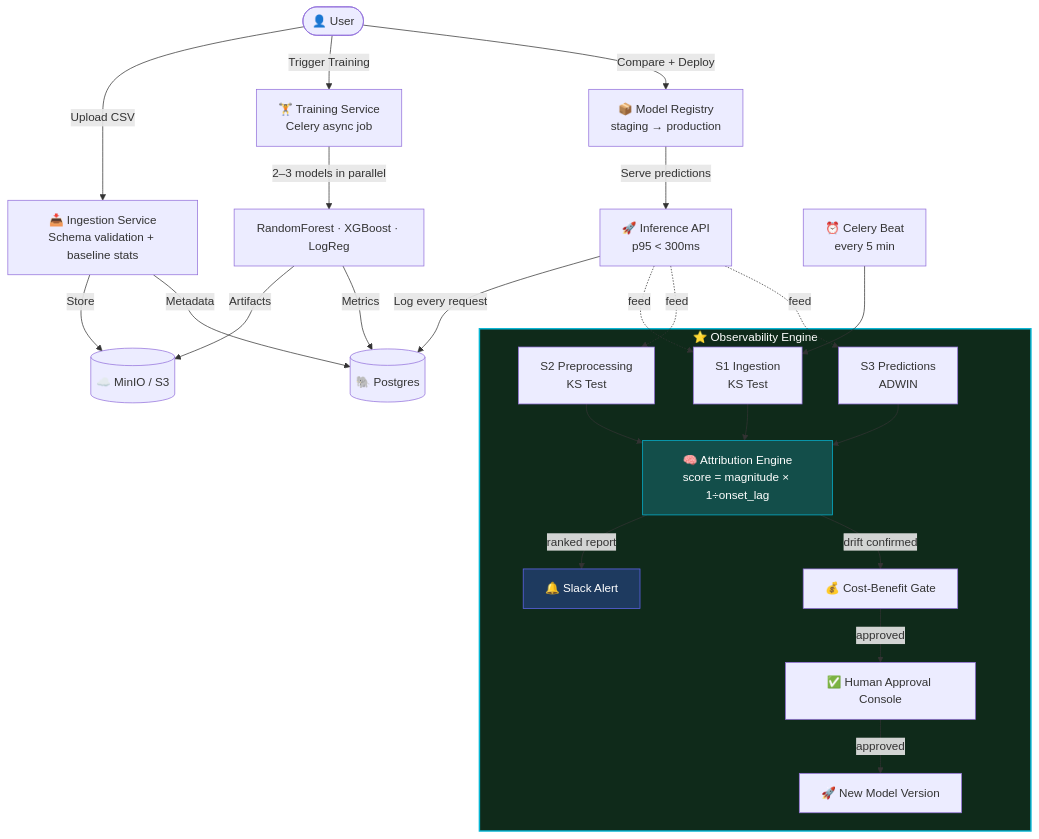
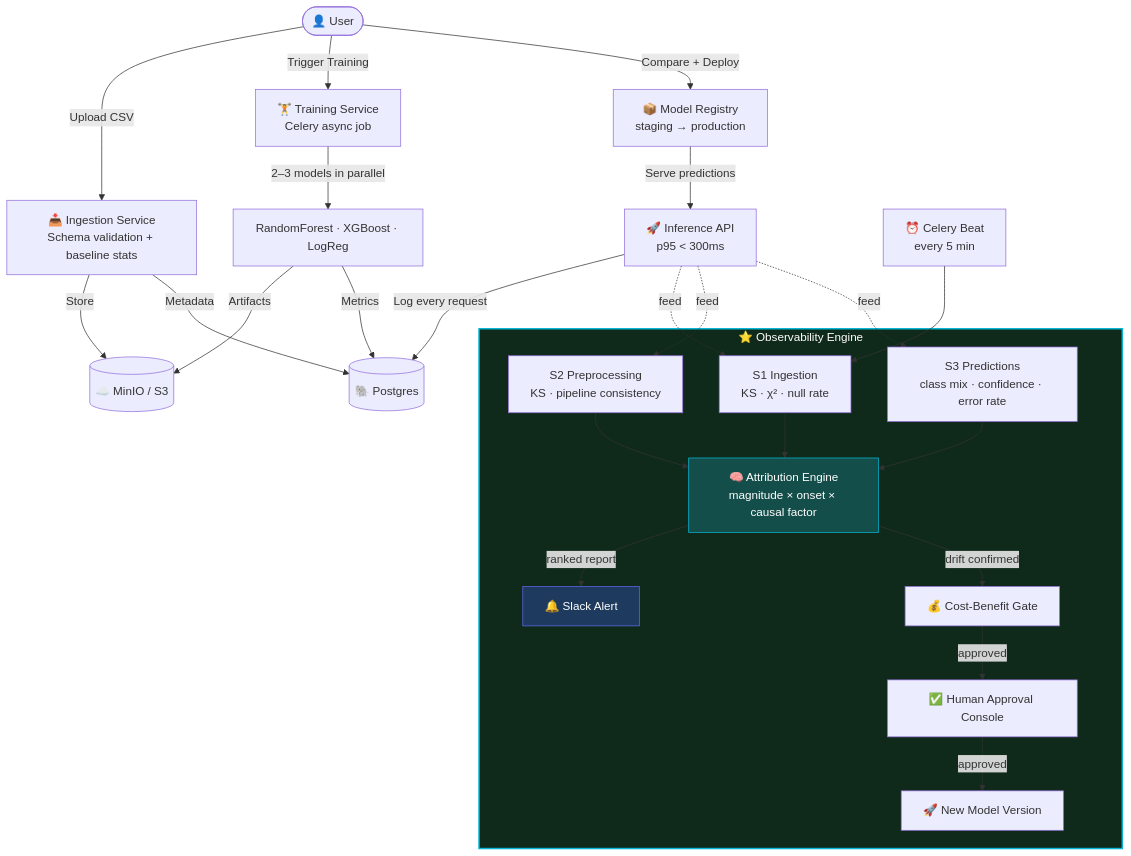
One commit to Dinesh-kumar9/Drift_Detection changed the first of 5 diagrams in README.md. Above: the diagram before and after it, drawn with Mermaid. The commit also changed other lines of this file and 28 other files, not shown here.

````diff
--- a/README.md
+++ b/README.md
@@ -34,35 +35,35 @@
 ```mermaid
 flowchart TD
     A([👤 User]) -->|Upload CSV| B[📥 Ingestion Service\nSchema validation + baseline stats]
     B -->|Store| C[(☁️ MinIO / S3)]
     B -->|Metadata| D[(🐘 Postgres)]
 
     A -->|Trigger Training| E[🏋️ Training Service\nCelery async job]
     E -->|2–3 models in parallel| F[RandomForest · XGBoost · LogReg]
     F -->|Artifacts| C
     F -->|Metrics| D
 
     A -->|Compare + Deploy| G[📦 Model Registry\nstaging → production]
 
     G -->|Serve predictions| H[🚀 Inference API\n p95 < 300ms]
     H -->|Log every request| D
 
     I[⏰ Celery Beat\nevery 5 min] --> J
 
     subgraph OBS [⭐ Observability Engine]
-        J[S1 Ingestion\nKS Test] --> ATT
-        K[S2 Preprocessing\nKS Test] --> ATT
-        L[S3 Predictions\nADWIN] --> ATT
-        ATT[🧠 Attribution Engine\nscore = magnitude × 1÷onset_lag]
+        J[S1 Ingestion\nKS · χ² · null rate] --> ATT
+        K[S2 Preprocessing\nKS · pipeline consistency] --> ATT
+        L[S3 Predictions\nclass mix · confidence · error rate] --> ATT
+        ATT[🧠 Attribution Engine\nmagnitude × onset × causal factor]
         ATT -->|ranked report| M[🔔 Slack Alert]
         ATT -->|drift confirmed| N[💰 Cost-Benefit Gate]
         N -->|approved| O[✅ Human Approval Console]
         O -->|approved| P[🚀 New Model Version]
     end
 
     H -.->|feed| J & K & L
 
     style OBS fill:#0f2a1a,stroke:#06b6d4,stroke-width:2px,color:#fff
     style ATT fill:#134e4a,stroke:#06b6d4,color:#fff
     style M fill:#1e3a5f,stroke:#6366f1,color:#fff
 ```
````
